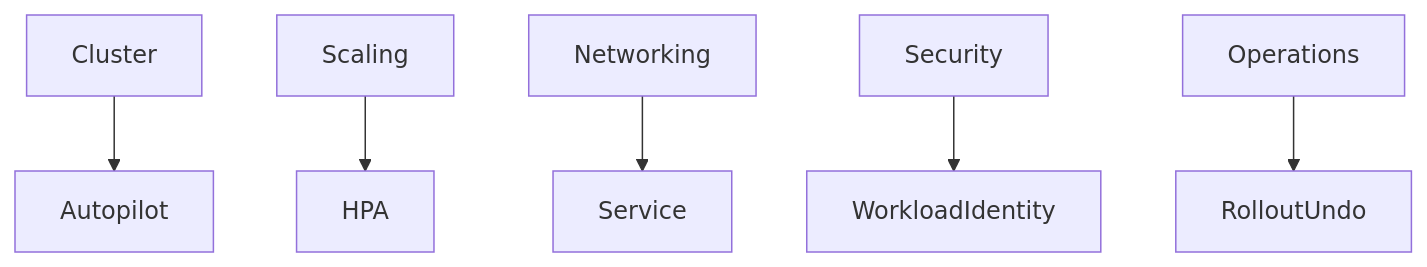
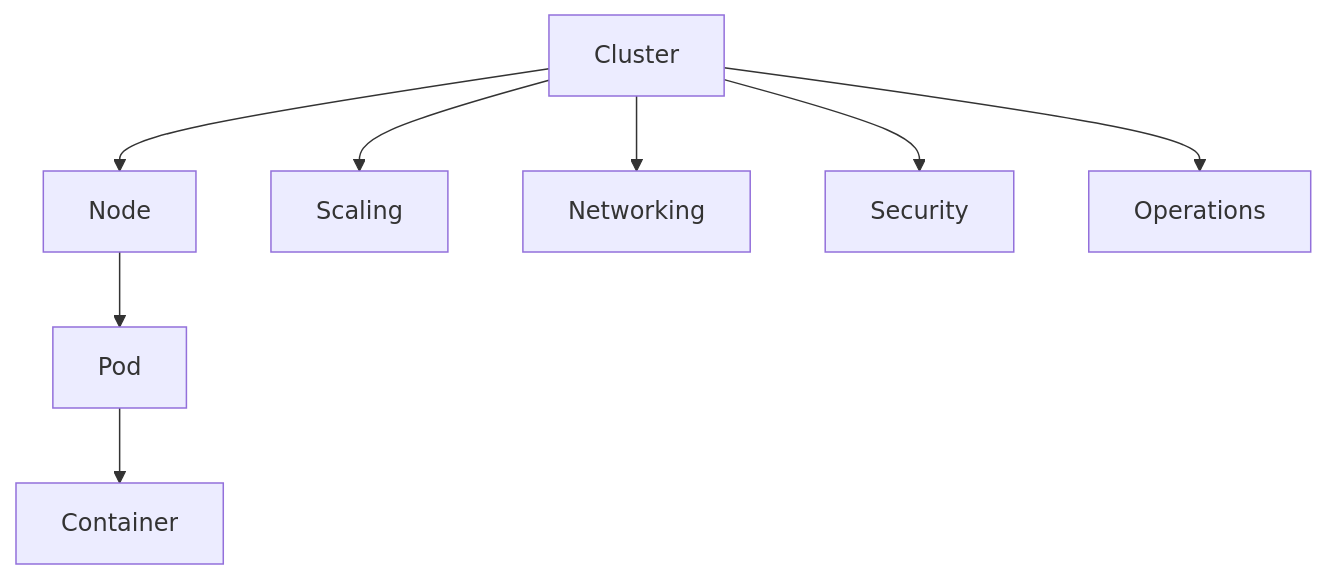
One commit to conti0513/development_public changed the eighth of 8 diagrams in 06_LAB/01_GCP_ACE_HACK/sessions_ver262/04_gke.md. Above: the diagram before and after it, drawn with Mermaid. The commit also changed other lines of this file and 22 other files, not shown here.

Commit message:
refactor: restructure ACE study sessions and add cost/security/service-selection modules

````diff
--- a/06_LAB/01_GCP_ACE_HACK/sessions_ver262/04_gke.md
+++ b/06_LAB/01_GCP_ACE_HACK/sessions_ver262/04_gke.md
@@ -836,8 +606,11 @@
 ```mermaid
-flowchart TD
-Cluster --> Autopilot
-Scaling --> HPA
-Networking --> Service
-Security --> WorkloadIdentity
-Operations --> RolloutUndo
+graph TD
+Cluster --> Node
+Node --> Pod
+Pod --> Container
+
+Cluster --> Scaling
+Cluster --> Networking
+Cluster --> Security
+Cluster --> Operations
 ```
````
